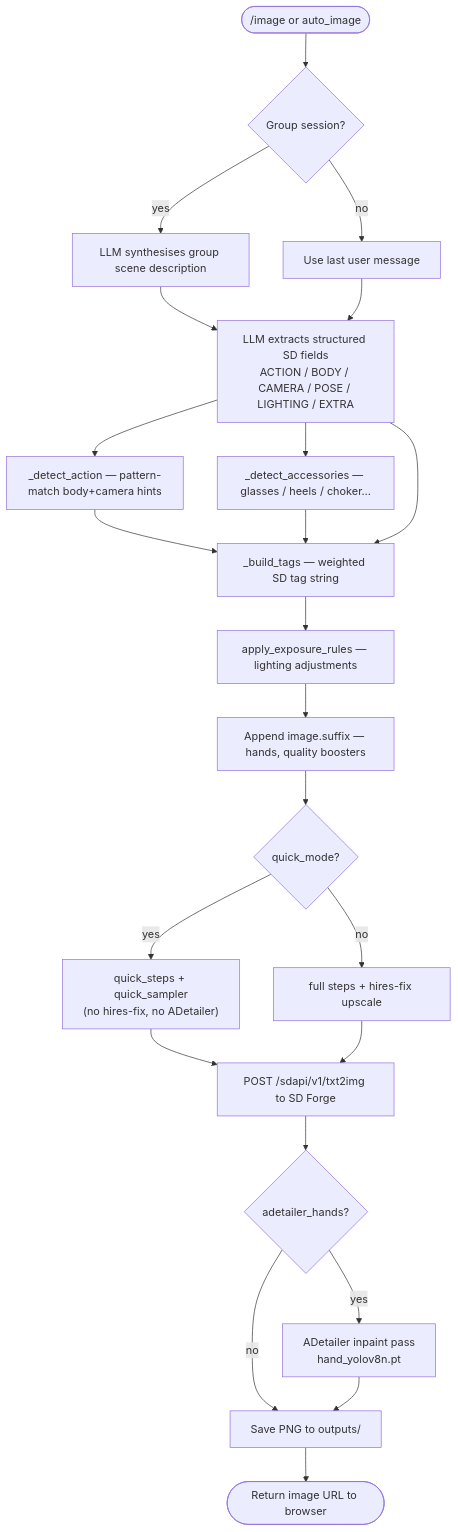
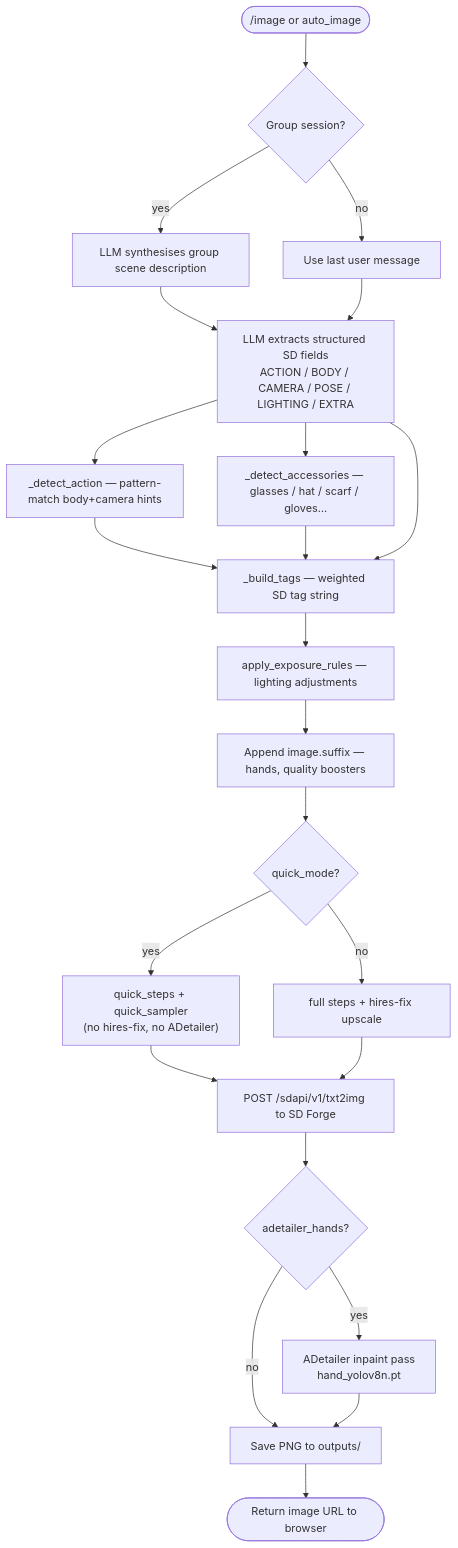
Before and after one commit to cschladetsch/PyLocalEnsemble: the seventh of 8 diagrams in Readme.md, drawn with Mermaid. The commit also changed other lines of this file and 1 other file, not shown here.

````diff
--- a/Readme.md
+++ b/Readme.md
@@ -753,31 +763,31 @@
 ```mermaid
 flowchart TD
     Trigger(["/image or auto_image"]) --> Group{Group session?}
     Group -->|yes| Scene[LLM synthesises group scene description]
     Group -->|no| Msg[Use last user message]
     Scene --> Extract
     Msg --> Extract[LLM extracts structured SD fields\nACTION / BODY / CAMERA / POSE / LIGHTING / EXTRA]
 
     Extract --> Pattern[_detect_action — pattern-match body+camera hints]
-    Extract --> Acc[_detect_accessories — glasses / heels / choker…]
+    Extract --> Acc[_detect_accessories — glasses / hat / scarf / gloves…]
 
     Pattern --> Build[_build_tags — weighted SD tag string]
     Acc --> Build
     Extract --> Build
 
     Build --> Rules[apply_exposure_rules — lighting adjustments]
     Rules --> Suffix[Append image.suffix — hands, quality boosters]
     Suffix --> Quick{quick_mode?}
 
     Quick -->|yes| QP["quick_steps + quick_sampler\n(no hires-fix, no ADetailer)"]
     Quick -->|no| FP["full steps + hires-fix upscale"]
 
     QP --> Forge["POST /sdapi/v1/txt2img to SD Forge"]
     FP --> Forge
 
     Forge --> AD{adetailer_hands?}
     AD -->|yes| ADetailer["ADetailer inpaint pass\nhand_yolov8n.pt"]
     AD -->|no| Save
     ADetailer --> Save["Save PNG to outputs/"]
     Save --> UI([Return image URL to browser])
 ```
````
